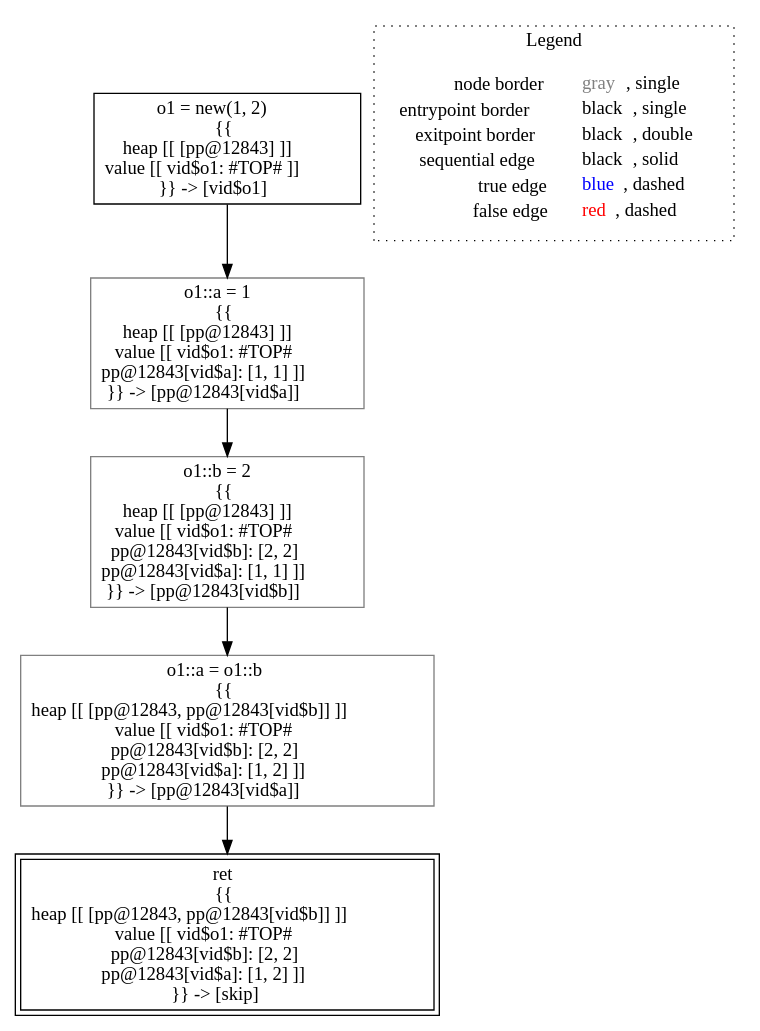
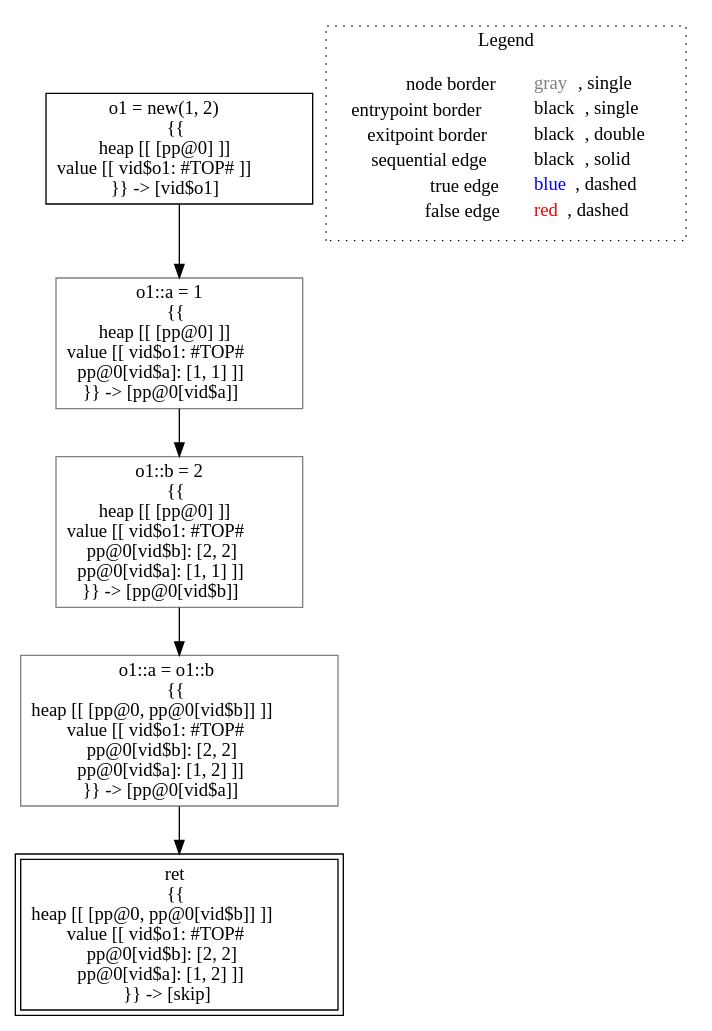
The diagram in lisa/imp-testcases/heap/point-based-heap/field-sensitive/analysis___untyped_A.f1().dot (lisa-analyzer/lisa), drawn with Graphviz before and after one commit. The commit also changed 14 other files, not shown here.

```diff
--- a/lisa/imp-testcases/heap/point-based-heap/field-sensitive/analysis___untyped_A.f1().dot
+++ b/lisa/imp-testcases/heap/point-based-heap/field-sensitive/analysis___untyped_A.f1().dot
@@ -1,18 +1,18 @@
 digraph {
-	"node0" [shape="rect",color="black",label=<o1 = new(1, 2)<BR/>{{<BR/>heap [[ [pp@12843] ]]<BR/>value [[ vid$o1: #TOP# ]]<BR/>}} -&gt; [vid$o1]>];
-	"node1" [shape="rect",color="gray",label=<o1::a = o1::b<BR/>{{<BR/>heap [[ [pp@12843, pp@12843[vid$b]] ]]<BR/>value [[ vid$o1: #TOP#<BR/>pp@12843[vid$b]: [2, 2]<BR/>pp@12843[vid$a]: [1, 2] ]]<BR/>}} -&gt; [pp@12843[vid$a]]>];
-	"node2" [shape="rect",color="gray",label=<o1::a = 1<BR/>{{<BR/>heap [[ [pp@12843] ]]<BR/>value [[ vid$o1: #TOP#<BR/>pp@12843[vid$a]: [1, 1] ]]<BR/>}} -&gt; [pp@12843[vid$a]]>];
-	"node3" [shape="rect",color="gray",label=<o1::b = 2<BR/>{{<BR/>heap [[ [pp@12843] ]]<BR/>value [[ vid$o1: #TOP#<BR/>pp@12843[vid$b]: [2, 2]<BR/>pp@12843[vid$a]: [1, 1] ]]<BR/>}} -&gt; [pp@12843[vid$b]]>];
-	"node4" [shape="rect",color="black",peripheries="2",label=<ret<BR/>{{<BR/>heap [[ [pp@12843, pp@12843[vid$b]] ]]<BR/>value [[ vid$o1: #TOP#<BR/>pp@12843[vid$b]: [2, 2]<BR/>pp@12843[vid$a]: [1, 2] ]]<BR/>}} -&gt; [skip]>];
+	"node0" [shape="rect",color="black",label=<o1 = new(1, 2)<BR/>{{<BR/>heap [[ [pp@0] ]]<BR/>value [[ vid$o1: #TOP# ]]<BR/>}} -&gt; [vid$o1]>];
+	"node1" [shape="rect",color="gray",label=<o1::a = o1::b<BR/>{{<BR/>heap [[ [pp@0, pp@0[vid$b]] ]]<BR/>value [[ vid$o1: #TOP#<BR/>pp@0[vid$b]: [2, 2]<BR/>pp@0[vid$a]: [1, 2] ]]<BR/>}} -&gt; [pp@0[vid$a]]>];
+	"node2" [shape="rect",color="gray",label=<o1::a = 1<BR/>{{<BR/>heap [[ [pp@0] ]]<BR/>value [[ vid$o1: #TOP#<BR/>pp@0[vid$a]: [1, 1] ]]<BR/>}} -&gt; [pp@0[vid$a]]>];
+	"node3" [shape="rect",color="gray",label=<o1::b = 2<BR/>{{<BR/>heap [[ [pp@0] ]]<BR/>value [[ vid$o1: #TOP#<BR/>pp@0[vid$b]: [2, 2]<BR/>pp@0[vid$a]: [1, 1] ]]<BR/>}} -&gt; [pp@0[vid$b]]>];
+	"node4" [shape="rect",color="black",peripheries="2",label=<ret<BR/>{{<BR/>heap [[ [pp@0, pp@0[vid$b]] ]]<BR/>value [[ vid$o1: #TOP#<BR/>pp@0[vid$b]: [2, 2]<BR/>pp@0[vid$a]: [1, 2] ]]<BR/>}} -&gt; [skip]>];
 	"node1" -> "node4" [color="black"];
 	"node2" -> "node3" [color="black"];
 	"node3" -> "node1" [color="black"];
 	"node0" -> "node2" [color="black"];
 subgraph cluster_legend {
 	label="Legend";
 	style=dotted;
 	node [shape=plaintext];
 	"legend" [label=<<table border="0" cellpadding="2" cellspacing="0" cellborder="0"><tr><td align="right">node border&nbsp;</td><td align="left"><font color="gray">gray</font>, single</td></tr><tr><td align="right">entrypoint border&nbsp;</td><td align="left"><font color="black">black</font>, single</td></tr><tr><td align="right">exitpoint border&nbsp;</td><td align="left"><font color="black">black</font>, double</td></tr><tr><td align="right">sequential edge&nbsp;</td><td align="left"><font color="black">black</font>, solid</td></tr><tr><td align="right">true edge&nbsp;</td><td align="left"><font color="blue">blue</font>, dashed</td></tr><tr><td align="right">false edge&nbsp;</td><td align="left"><font color="red">red</font>, dashed</td></tr></table>>];
 }
 
 }
```
